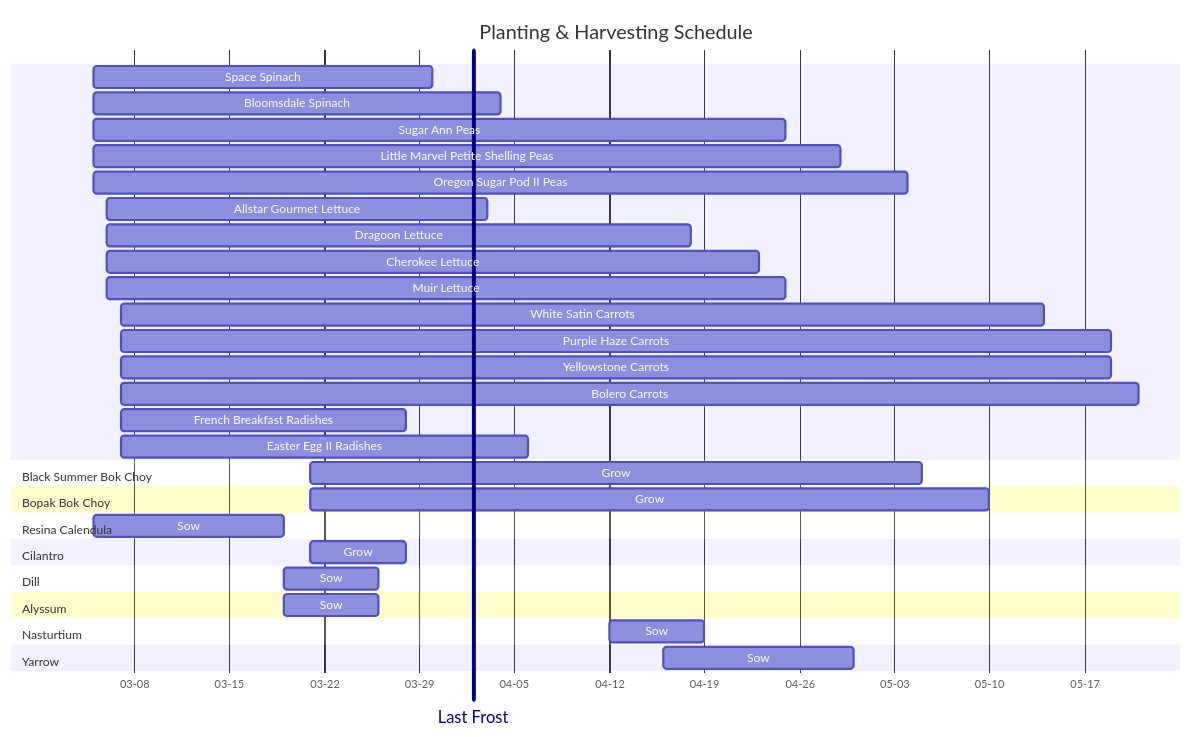
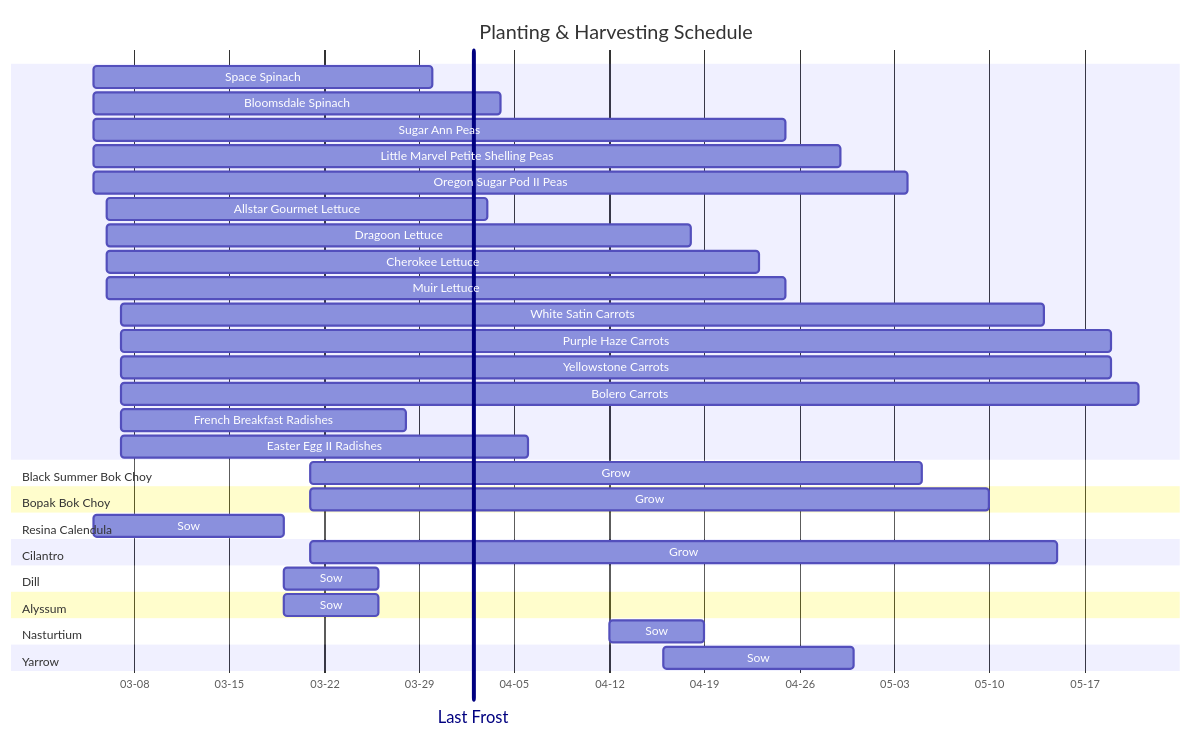
The diagram in 2026-planting-schedule.md (bjenning04/foam), drawn with Mermaid before and after one commit.

Commit message:
Mar 21, 2026, 11:36 AM

````diff
--- a/2026-planting-schedule.md
+++ b/2026-planting-schedule.md
@@ -6,41 +6,41 @@
 ```mermaid
 ---
 displayMode: compact
 ---
 gantt
     title Planting & Harvesting Schedule
     dateFormat YYYY-MM-DD
     axisFormat %m-%d
     Last Frost: vert, 2026-04-02, 0d
     Space Spinach: 2026-03-05, 25d
     Bloomsdale Spinach: 2026-03-05, 30d
     Sugar Ann Peas: 2026-03-05, 51d
     Little Marvel Petite Shelling Peas: 2026-03-05, 55d
     Oregon Sugar Pod II Peas: 2026-03-05, 60d
     Allstar Gourmet Lettuce: 2026-03-06, 28d
     Dragoon Lettuce: 2026-03-06, 43d
     Cherokee Lettuce: 2026-03-06, 48d
     Muir Lettuce: 2026-03-06, 50d
     White Satin Carrots: 2026-03-07, 68d
     Purple Haze Carrots: 2026-03-07, 73d
     Yellowstone Carrots: 2026-03-07, 73d
     Bolero Carrots: 2026-03-07, 75d
     French Breakfast Radishes: 2026-03-07, 21d
     Easter Egg II Radishes: 2026-03-07, 30d
     Section Black Summer Bok Choy
         Grow: 2026-03-21, 45d
     Section Bopak Bok Choy
         Grow: 2026-03-21, 50d
     Section Resina Calendula
         Sow: 2026-03-05, 14d
     Section Cilantro
-        Grow: 2026-03-21, 7d
+        Grow: 2026-03-21, 55d
     Section Dill
         Sow: 2026-03-19, 7d
     Section Alyssum
         Sow: 2026-03-19, 7d
     Section Nasturtium
         Sow: 2026-04-12, 7d
     Section Yarrow
         Sow: 2026-04-16, 14d
 ```
````
